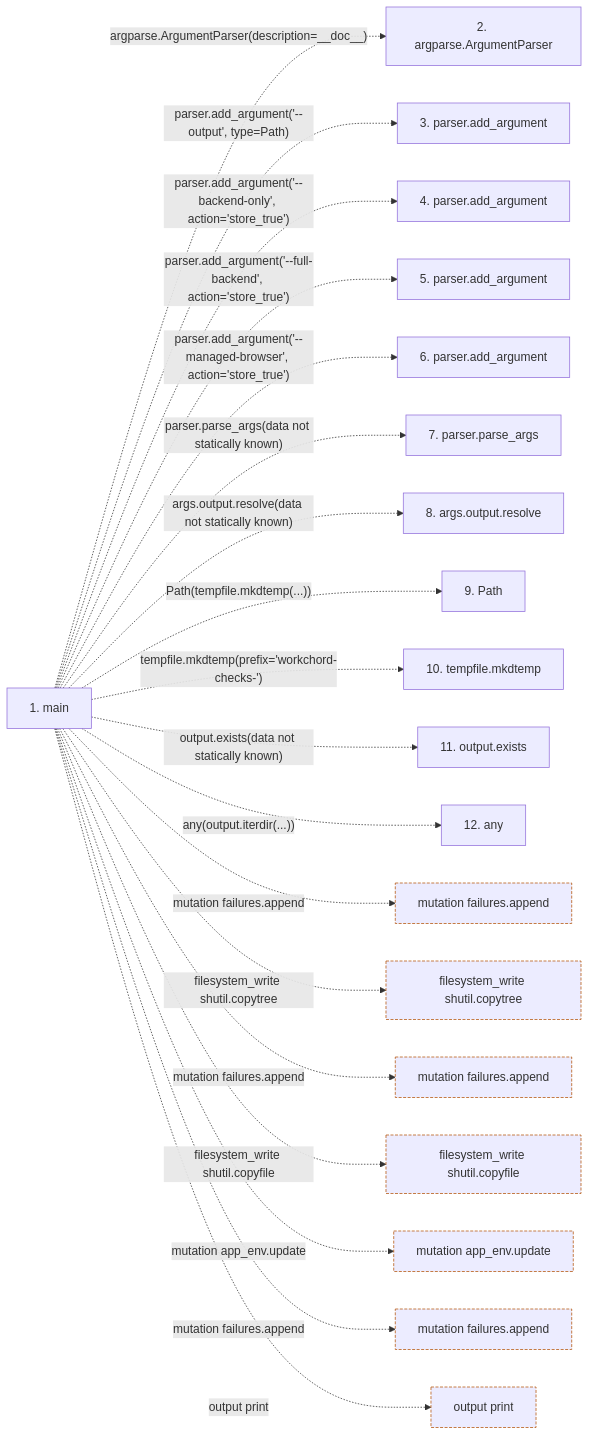
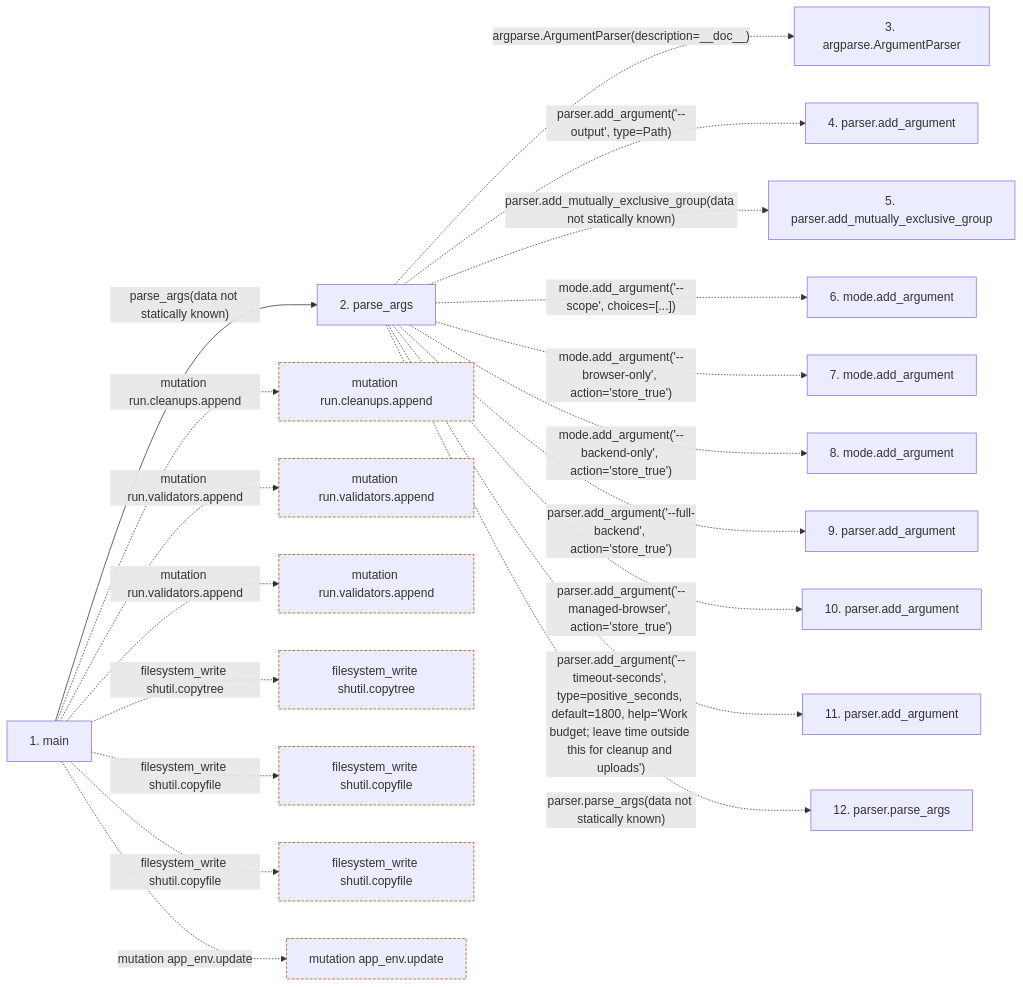
Before and after one commit to Denissvgn/WorkChord: the second of 2 diagrams in docs/llm_wiki/flows/process-run_disposable_checks.md, drawn with Mermaid. The commit also changed other lines of this file and 1888 other files, not shown here.

````diff
--- a/docs/llm_wiki/flows/process-run_disposable_checks.md
+++ b/docs/llm_wiki/flows/process-run_disposable_checks.md
@@ -77,49 +74,50 @@
 ```mermaid
 flowchart LR
     s1["1. main"]
-    s2["2. argparse.ArgumentParser"]
-    s3["3. parser.add_argument"]
+    s2["2. parse_args"]
+    s3["3. argparse.ArgumentParser"]
     s4["4. parser.add_argument"]
-    s5["5. parser.add_argument"]
-    s6["6. parser.add_argument"]
-    s7["7. parser.parse_args"]
-    s8["8. args.output.resolve"]
-    s9["9. Path"]
-    s10["10. tempfile.mkdtemp"]
-    s11["11. output.exists"]
-    s12["12. any"]
-    s1 -. "argparse.ArgumentParser(description=__doc__)" .-> s2
-    s1 -. "parser.add_argument('--output', type=Path)" .-> s3
-    s1 -. "parser.add_argument('--backend-only', action='store_true')" .-> s4
-    s1 -. "parser.add_argument('--full-backend', action='store_true')" .-> s5
-    s1 -. "parser.add_argument('--managed-browser', action='store_true')" .-> s6
-    s1 -. "parser.parse_args(data not statically known)" .-> s7
-    s1 -. "args.output.resolve(data not statically known)" .-> s8
-    s1 -. "Path(tempfile.mkdtemp(...))" .-> s9
-    s1 -. "tempfile.mkdtemp(prefix='workchord-checks-')" .-> s10
-    s1 -. "output.exists(data not statically known)" .-> s11
-    s1 -. "any(output.iterdir(...))" .-> s12
-    b0["mutation failures.append"]
-    s1 -. "mutation failures.append" .-> b0
-    b1["filesystem_write shutil.copytree"]
-    s1 -. "filesystem_write shutil.copytree" .-> b1
-    b2["mutation failures.append"]
-    s1 -. "mutation failures.append" .-> b2
-    b3["filesystem_write shutil.copyfile"]
-    s1 -. "filesystem_write shutil.copyfile" .-> b3
-    b4["mutation app_env.update"]
-    s1 -. "mutation app_env.update" .-> b4
-    b5["mutation failures.append"]
-    s1 -. "mutation failures.append" .-> b5
-    b6["output print"]
-    s1 -. "output print" .-> b6
+    s5["5. parser.add_mutually_exclusive_group"]
+    s6["6. mode.add_argument"]
+    s7["7. mode.add_argument"]
+    s8["8. mode.add_argument"]
+    s9["9. parser.add_argument"]
+    s10["10. parser.add_argument"]
+    s11["11. parser.add_argument"]
+    s12["12. parser.parse_args"]
+    s1 -->|"parse_args(data not statically known)"| s2
+    s2 -. "argparse.ArgumentParser(description=__doc__)" .-> s3
+    s2 -. "parser.add_argument('--output', type=Path)" .-> s4
+    s2 -. "parser.add_mutually_exclusive_group(data not statically known)" .-> s5
+    s2 -. "mode.add_argument('--scope', choices=[...])" .-> s6
+    s2 -. "mode.add_argument('--browser-only', action='store_true')" .-> s7
+    s2 -. "mode.add_argument('--backend-only', action='store_true')" .-> s8
+    s2 -. "parser.add_argument('--full-backend', action='store_true')" .-> s9
+    s2 -. "parser.add_argument('--managed-browser', action='store_true')" .-> s10
+    s2 -. "parser.add_argument('--timeout-seconds', type=positive_seconds, default=1800, help='Work budget; leave time outside this for cleanup and uploads')" .-> s11
+    s2 -. "parser.parse_args(data not statically known)" .-> s12
+    b0["mutation run.cleanups.append"]
+    s1 -. "mutation run.cleanups.append" .-> b0
+    b1["mutation run.validators.append"]
+    s1 -. "mutation run.validators.append" .-> b1
+    b2["mutation run.validators.append"]
+    s1 -. "mutation run.validators.append" .-> b2
+    b3["filesystem_write shutil.copytree"]
+    s1 -. "filesystem_write shutil.copytree" .-> b3
+    b4["filesystem_write shutil.copyfile"]
+    s1 -. "filesystem_write shutil.copyfile" .-> b4
+    b5["filesystem_write shutil.copyfile"]
+    s1 -. "filesystem_write shutil.copyfile" .-> b5
+    b6["mutation app_env.update"]
+    s1 -. "mutation app_env.update" .-> b6
     click s1 "../modules/run_disposable_checks.md"
+    click s2 "../modules/run_disposable_checks.md"
     classDef boundary stroke:#b45309,stroke-dasharray: 4 2
     class b0 boundary
     class b1 boundary
     class b2 boundary
     class b3 boundary
     class b4 boundary
     class b5 boundary
     class b6 boundary
 ```
````
